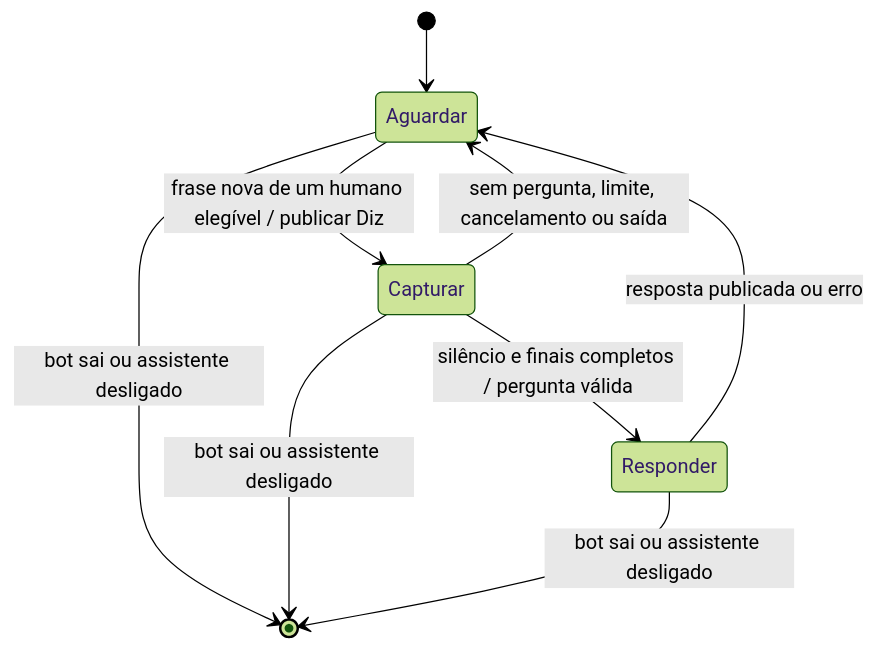
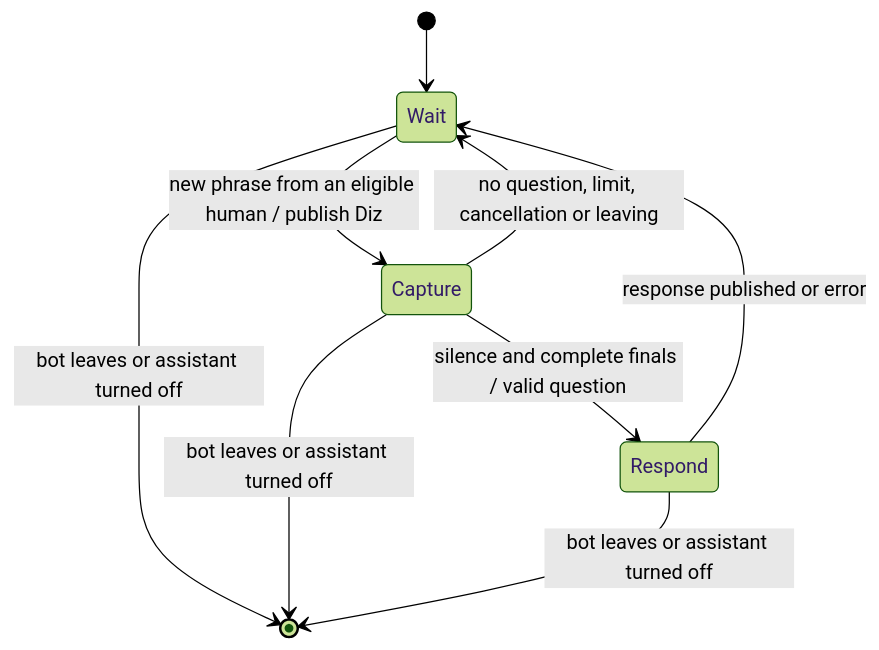
One commit to Maruqes/2026-ei-aoopii-c02 changed the diagram in plan/hey-bot.md. Above: the diagram before and after it, drawn with Mermaid (forest theme). The commit also changed other lines of this file and 55 other files, not shown here.

````diff
--- a/plan/hey-bot.md
+++ b/plan/hey-bot.md
@@ -86,11 +86,11 @@
 ```mermaid
 stateDiagram-v2
-    [*] --> Aguardar
-    Aguardar --> Capturar: frase nova de um humano elegível / publicar Diz
-    Capturar --> Responder: silêncio e finais completos / pergunta válida
-    Capturar --> Aguardar: sem pergunta, limite, cancelamento ou saída
-    Responder --> Aguardar: resposta publicada ou erro
-    Aguardar --> [*]: bot sai ou assistente desligado
-    Capturar --> [*]: bot sai ou assistente desligado
-    Responder --> [*]: bot sai ou assistente desligado
+    [*] --> Wait
+    Wait --> Capture: new phrase from an eligible human / publish Diz
+    Capture --> Respond: silence and complete finals / valid question
+    Capture --> Wait: no question, limit, cancellation or leaving
+    Respond --> Wait: response published or error
+    Wait --> [*]: bot leaves or assistant turned off
+    Capture --> [*]: bot leaves or assistant turned off
+    Respond --> [*]: bot leaves or assistant turned off
 ```
````
